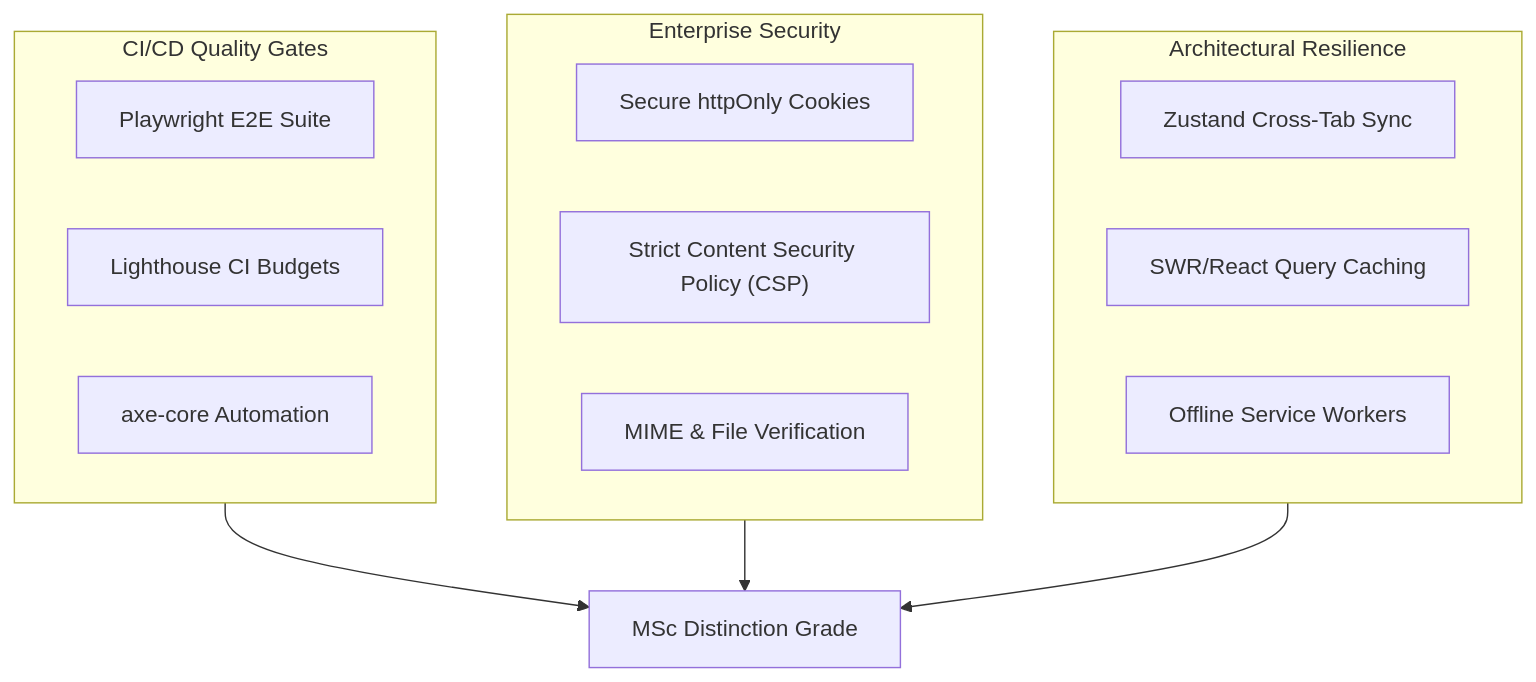
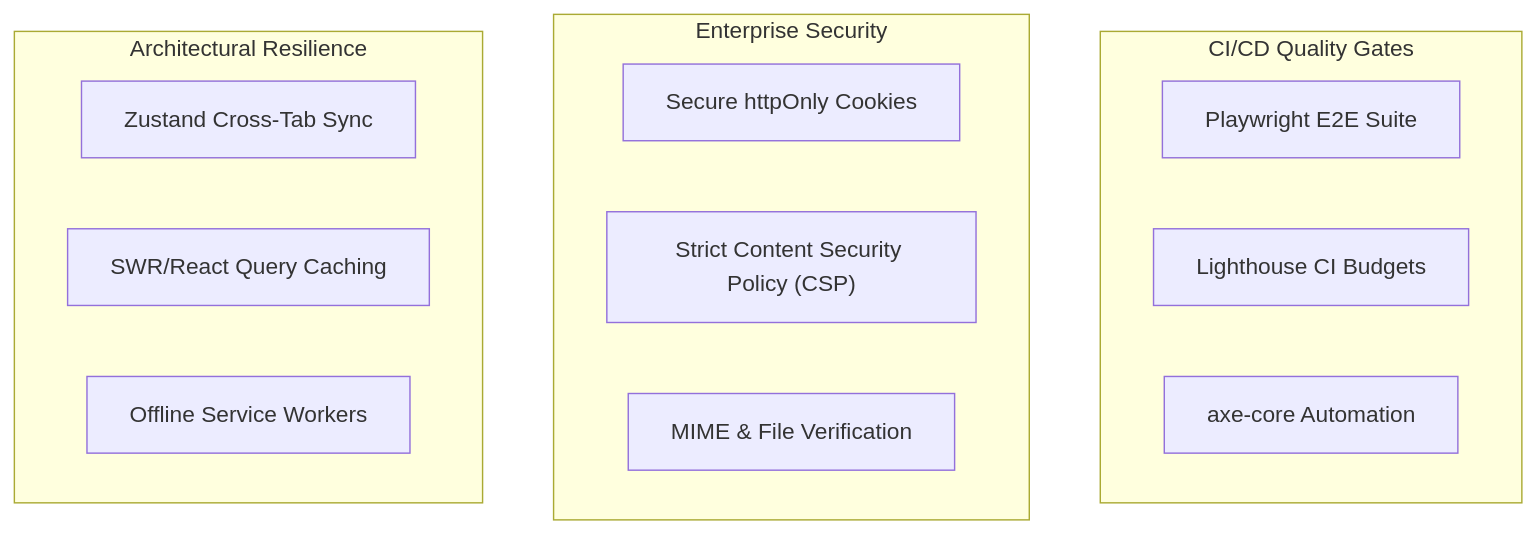
Before and after one commit to SEPP-2026/ReviewPortal-Web: the second of 2 diagrams in docs/CODEBASE-GAPS-AND-MSc-ELEVATION.md, drawn with Mermaid. The commit also changed other lines of this file, not shown here.

````diff
--- a/docs/CODEBASE-GAPS-AND-MSc-ELEVATION.md
+++ b/docs/CODEBASE-GAPS-AND-MSc-ELEVATION.md
@@ -99,24 +92,21 @@
 ```mermaid
 flowchart TD
     subgraph QualityGate["CI/CD Quality Gates"]
         A["Playwright E2E Suite"]
         B["Lighthouse CI Budgets"]
         C["axe-core Automation"]
     end
 
     subgraph Security["Enterprise Security"]
         D["Secure httpOnly Cookies"]
         E["Strict Content Security Policy (CSP)"]
         F["MIME & File Verification"]
     end
 
     subgraph Resilience["Architectural Resilience"]
         G["Zustand Cross-Tab Sync"]
         H["SWR/React Query Caching"]
         I["Offline Service Workers"]
     end
 
-    QualityGate --> MSc["MSc Distinction Grade"]
-    Security --> MSc
-    Resilience --> MSc
 ```
````
